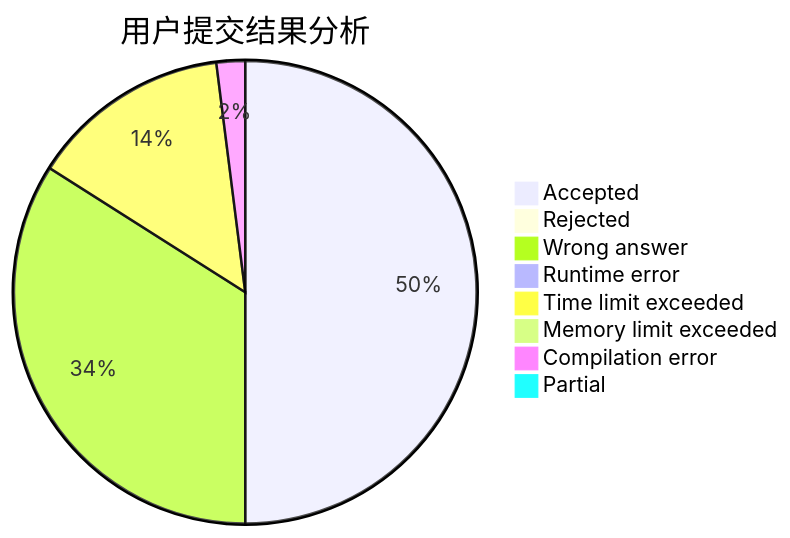
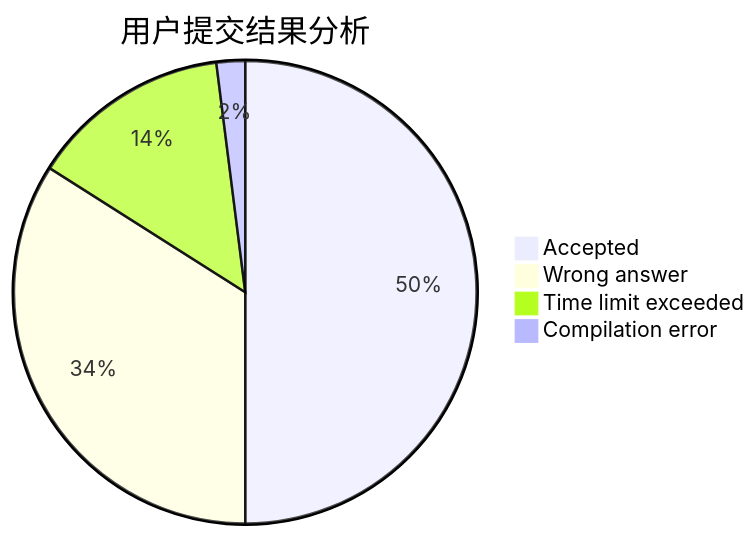
One commit to sherpahu/cfrs.github.io changed the first of 3 diagrams in docs/user/u2010.md. Above: the diagram before and after it, drawn with Mermaid. The commit also changed 2770 other files, not shown here.

````diff
--- a/docs/user/u2010.md
+++ b/docs/user/u2010.md
@@ -5,11 +5,7 @@
 ```mermaid
 pie title 用户提交结果分析
     "Accepted" :  25
-    "Rejected" :  0
     "Wrong answer" :  17
-    "Runtime error" :  0
     "Time limit exceeded" :  7
-    "Memory limit exceeded" :  0
     "Compilation error" :  1
-    "Partial" :  0
 ```
````
